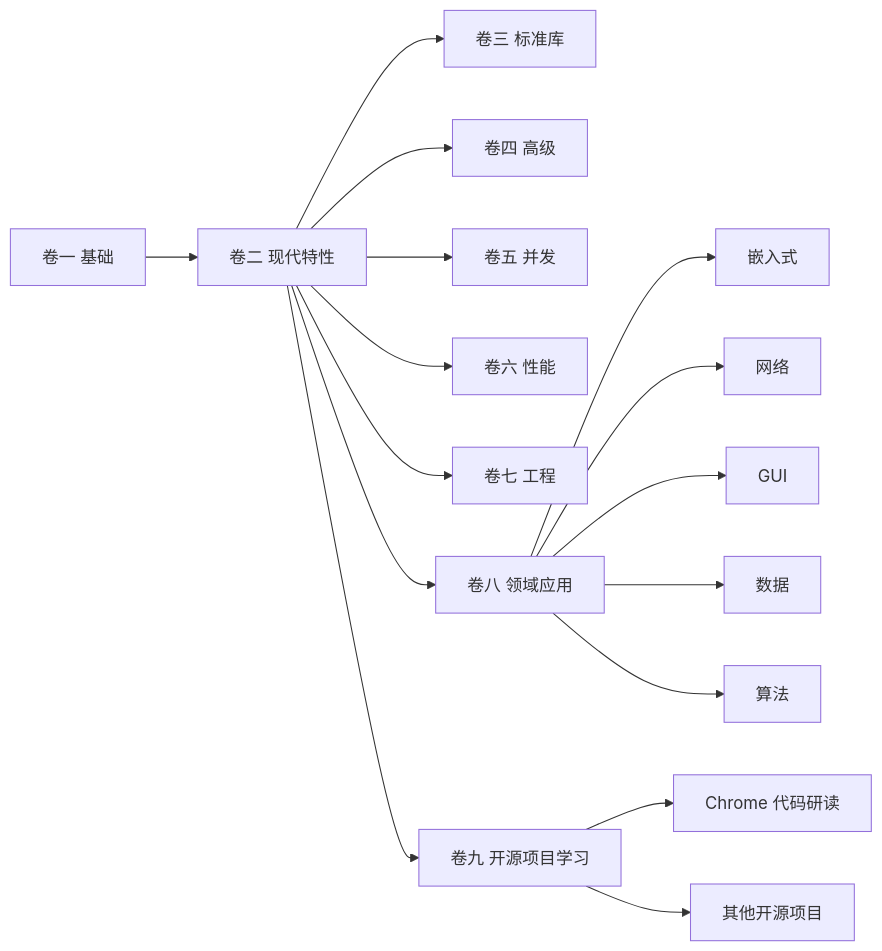
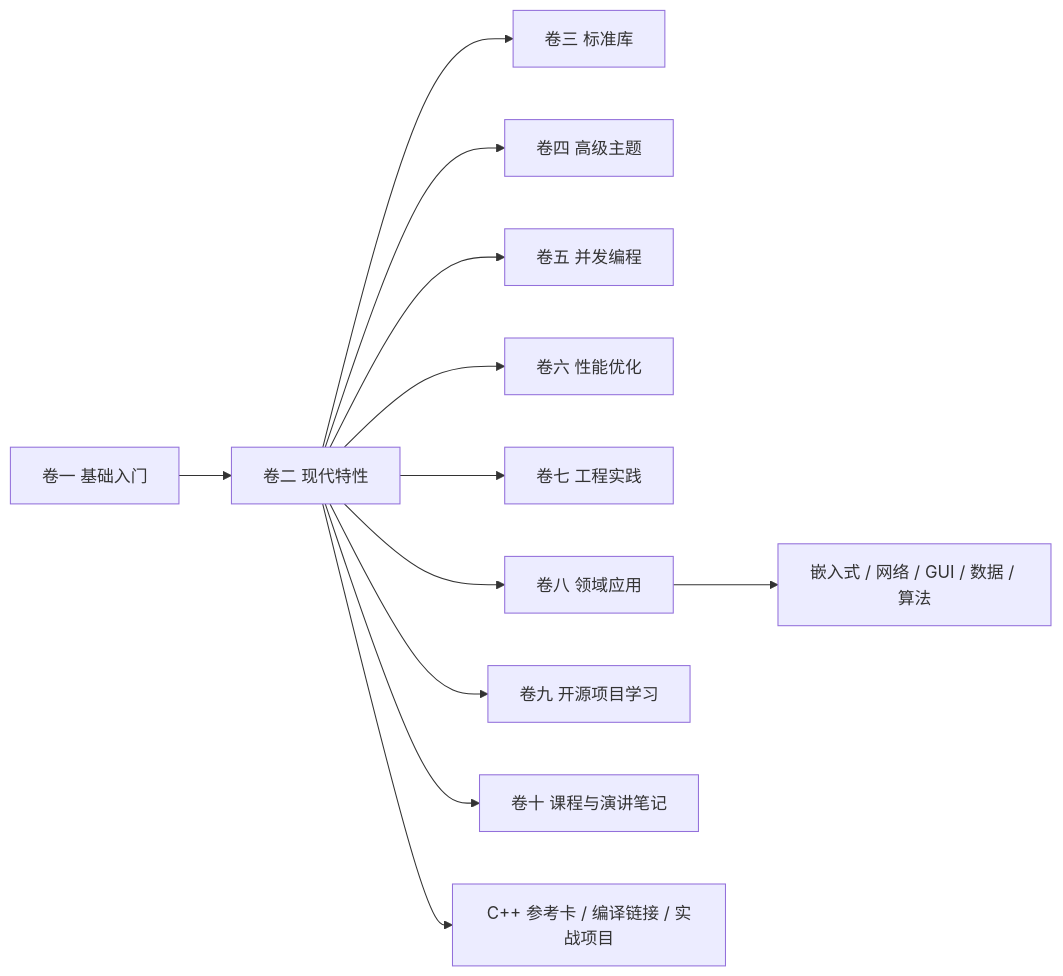
Before and after one commit to Awesome-Embedded-Learning-Studio/Tutorial_AwesomeModernCPP: the first of 2 diagrams in README.md, drawn with Mermaid. The commit also changed other lines of this file and 67 other files, not shown here.

````diff
--- a/README.md
+++ b/README.md
@@ -36,9 +71,14 @@
 ```mermaid
 graph LR
-    V1["卷一 基础"] --> V2["卷二 现代特性"]
-    V2 --> V3["卷三 标准库"] & V4["卷四 高级"] & V5["卷五 并发"] & V6["卷六 性能"] & V7["卷七 工程"]
+    V1["卷一 基础入门"] --> V2["卷二 现代特性"]
+    V2 --> V3["卷三 标准库"]
+    V2 --> V4["卷四 高级主题"]
+    V2 --> V5["卷五 并发编程"]
+    V2 --> V6["卷六 性能优化"]
+    V2 --> V7["卷七 工程实践"]
     V2 --> V8["卷八 领域应用"]
-    V8 --> E["嵌入式"] & N["网络"] & G["GUI"] & D["数据"] & A["算法"]
+    V8 --> EMB["嵌入式 / 网络 / GUI / 数据 / 算法"]
     V2 --> V9["卷九 开源项目学习"]
-    V9 --> OC["Chrome 代码研读"] & OS["其他开源项目"]
+    V2 --> V10["卷十 课程与演讲笔记"]
+    V2 --> REF["C++ 参考卡 / 编译链接 / 实战项目"]
 ```
````
